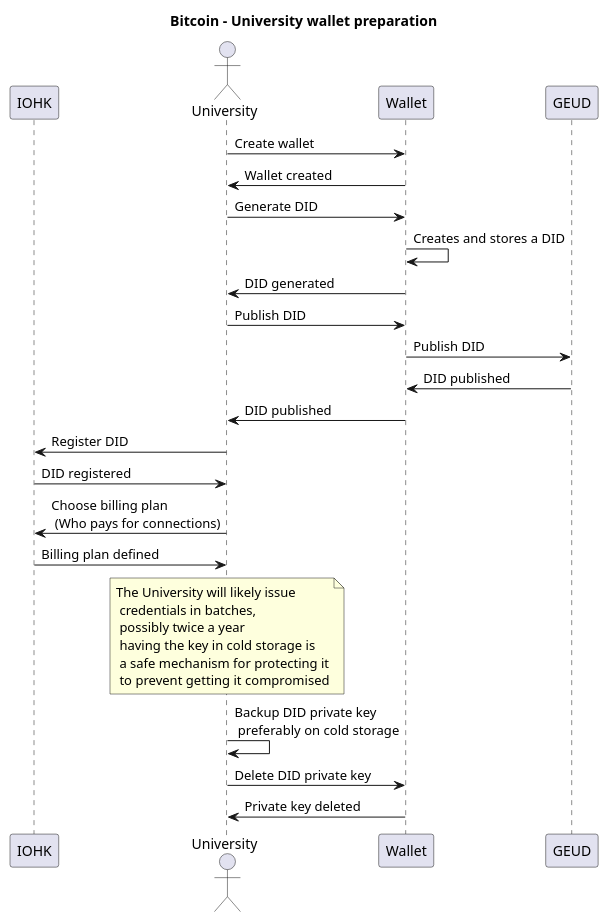
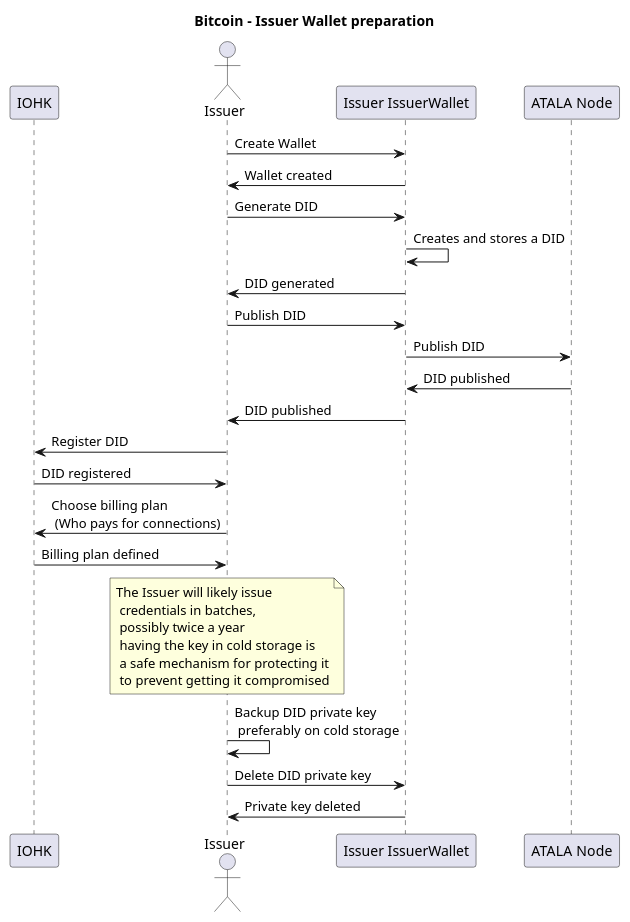
Before and after one commit to input-output-hk/atala-prism: the diagram in credentials-verification/docs/bitcoin/diagrams/university-wallet-preparation.puml, drawn with PlantUML. The commit also changed 14 other files, not shown here.

```diff
--- a/credentials-verification/docs/bitcoin/diagrams/university-wallet-preparation.puml
+++ b/credentials-verification/docs/bitcoin/diagrams/university-wallet-preparation.puml
@@ -1,29 +1,31 @@
 @startuml
-title Bitcoin - University wallet preparation
+title Bitcoin - Issuer Wallet preparation
 
 participant IOHK
-actor University
+actor Issuer
+participant "Issuer IssuerWallet" as IssuerWallet
+participant "ATALA Node" as AtalaNode
 
-University -> Wallet : Create wallet
-Wallet -> University : Wallet created
+Issuer -> IssuerWallet : Create Wallet
+IssuerWallet -> Issuer : Wallet created
 
-University -> Wallet : Generate DID
-Wallet -> Wallet : Creates and stores a DID
-Wallet -> University : DID generated
+Issuer -> IssuerWallet : Generate DID
+IssuerWallet -> IssuerWallet : Creates and stores a DID
+IssuerWallet -> Issuer : DID generated
 
-University -> Wallet : Publish DID
-Wallet -> GEUD : Publish DID
-GEUD -> Wallet : DID published
-Wallet -> University : DID published
+Issuer -> IssuerWallet : Publish DID
+IssuerWallet -> AtalaNode : Publish DID
+AtalaNode -> IssuerWallet : DID published
+IssuerWallet -> Issuer : DID published
 
-University -> IOHK : Register DID
-IOHK -> University : DID registered
+Issuer -> IOHK : Register DID
+IOHK -> Issuer : DID registered
 
-University -> IOHK : Choose billing plan\n (Who pays for connections)
-IOHK -> University : Billing plan defined
+Issuer -> IOHK : Choose billing plan\n (Who pays for connections)
+IOHK -> Issuer : Billing plan defined
 
-note over University : The University will likely issue\n credentials in batches,\n possibly twice a year\n having the key in cold storage is\n a safe mechanism for protecting it\n to prevent getting it compromised
-University -> University : Backup DID private key\n preferably on cold storage
-University -> Wallet : Delete DID private key
-Wallet -> University : Private key deleted
+note over Issuer : The Issuer will likely issue\n credentials in batches,\n possibly twice a year\n having the key in cold storage is\n a safe mechanism for protecting it\n to prevent getting it compromised
+Issuer -> Issuer : Backup DID private key\n preferably on cold storage
+Issuer -> IssuerWallet : Delete DID private key
+IssuerWallet -> Issuer : Private key deleted
 @enduml
```
